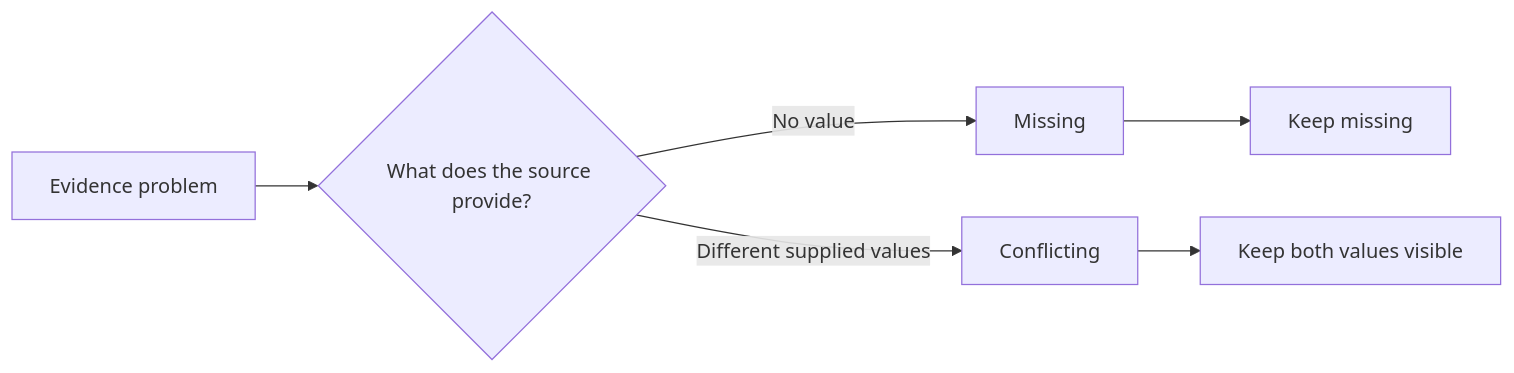
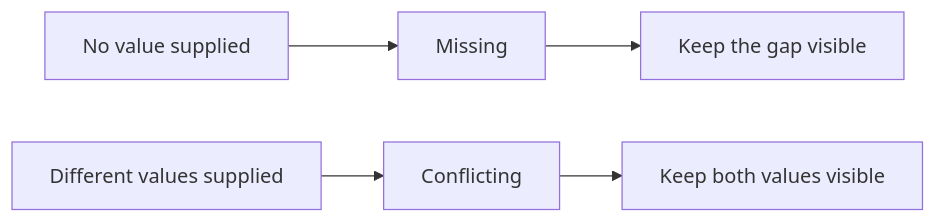
Before and after one commit to Ange230700/ibm-ai-foundations-for-everyone-notes: the diagram in teaching/visuals/s04/en/gap-vs-conflict.mmd, drawn with Mermaid. The commit also changed 12 other files, not shown here.

```diff
--- a/teaching/visuals/s04/en/gap-vs-conflict.mmd
+++ b/teaching/visuals/s04/en/gap-vs-conflict.mmd
@@ -1,6 +1,3 @@
 flowchart LR
- A["Evidence problem"] --> B{"What does the source provide?"}
- B -- "No value" --> C["Missing"]
- B -- "Different supplied values" --> D["Conflicting"]
- C --> E["Keep missing"]
- D --> F["Keep both values visible"]
+ A["No value supplied"] --> B["Missing"] --> C["Keep the gap visible"]
+ D["Different values supplied"] --> E["Conflicting"] --> F["Keep both values visible"]
```
